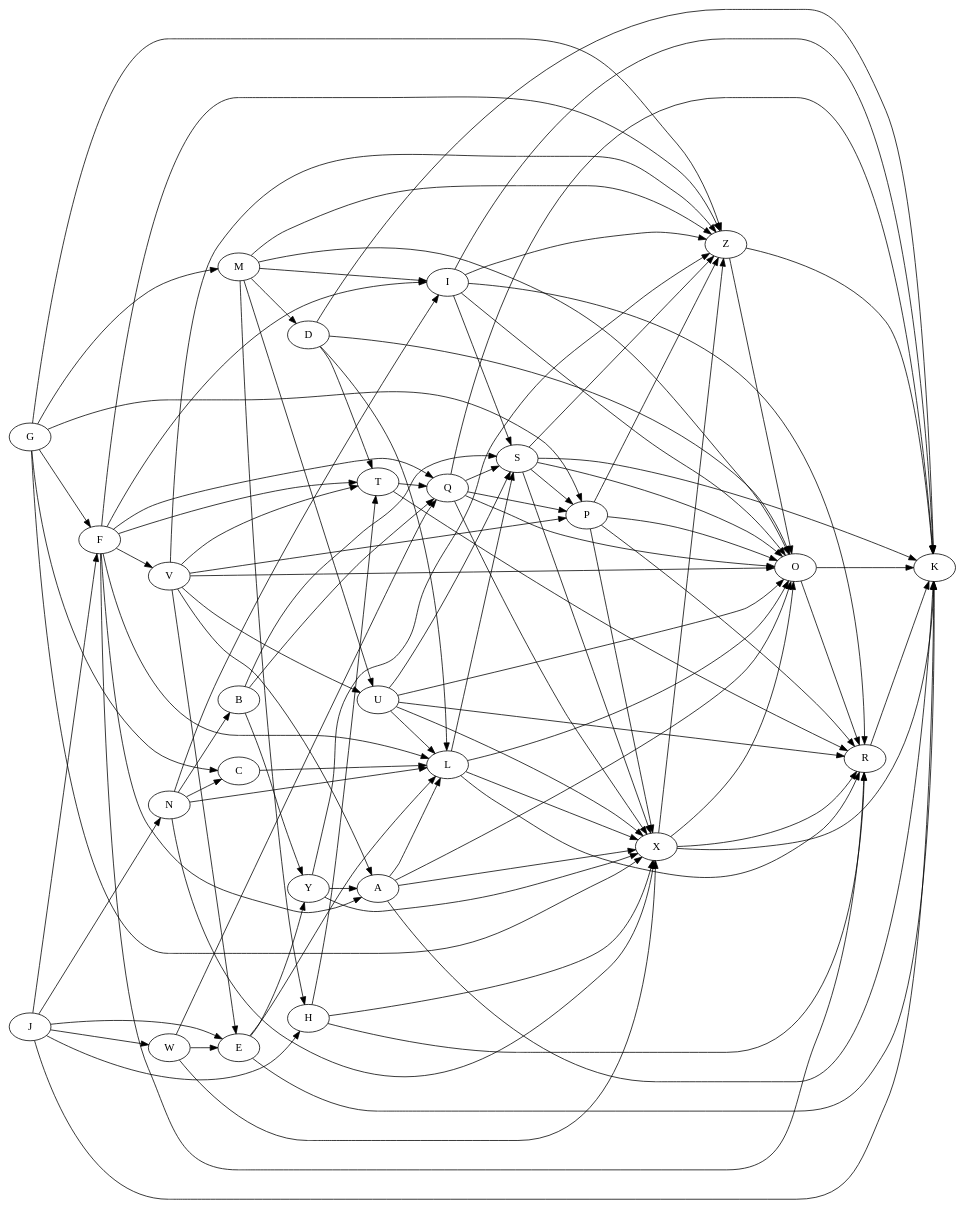
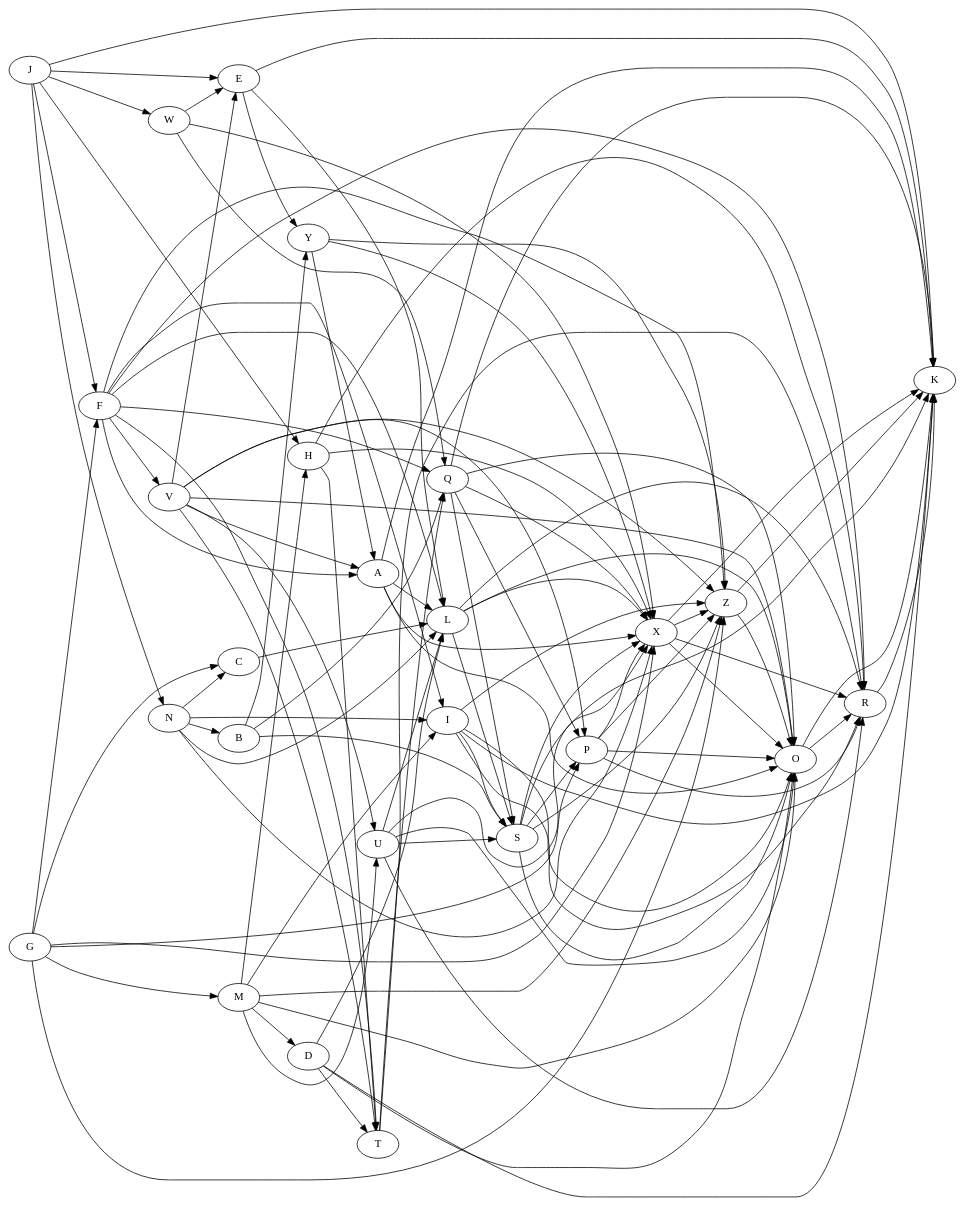
Before and after one commit to aitchwhy/adventOfCode: the diagram in 2018/1207.dot, drawn with Graphviz. The commit also changed 6 other files, not shown here.

```diff
--- a/2018/1207.dot
+++ b/2018/1207.dot
@@ -1,27 +1,27 @@
 digraph {
-rankdir=LR;J -> {H W K E F N};
+rankdir=LR;graph [ordering="out"];J -> {H W K E F N};
 N -> {C I B L X};
 G -> {P C M F X Z};
 M -> {I O D H U Z};
 H -> {X R T};
 B -> {Y Q S};
 C -> {L};
 F -> {I V Q L T Z R A};
 V -> {O A Z P T E U};
 W -> {Q X E};
 E -> {L K Y};
 U -> {S O X R L};
 D -> {K L O T};
 Y -> {X Z A};
 T -> {R Q};
 I -> {K S R Z O};
 A -> {K X O L};
 L -> {X O S R};
 Q -> {S P O X K};
 S -> {O X P K Z};
 P -> {Z R X O};
 X -> {R K Z O};
 Z -> {O K};
 O -> {K R};
 R -> {K};
 }
```
